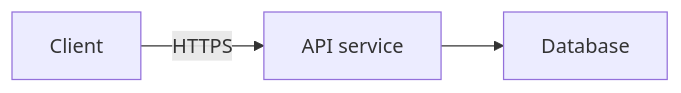
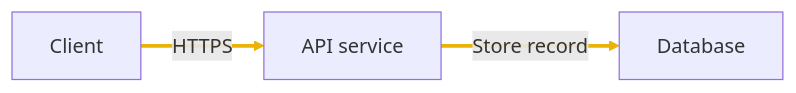
Before and after one commit to JINGBANZ/jarvis: the diagram in Sources/JarvisCore/Resources/Skills/system-design/SKILL.md, drawn with Mermaid. The commit also changed other lines of this file and 20 other files, not shown here.

First line of the commit message:
fix(coaching): clarify system design hints and diagram layouts (#433)

````diff
--- a/Sources/JarvisCore/Resources/Skills/system-design/SKILL.md
+++ b/Sources/JarvisCore/Resources/Skills/system-design/SKILL.md
@@ -88,5 +150,6 @@
 ```mermaid
 flowchart LR
 client["Client"] -->|HTTPS| api["API service"]
-api --> db["Database"]
+api -->|Store record| db["Database"]
+linkStyle 0,1 stroke:#EAB308,stroke-width:3px
 ```
````
